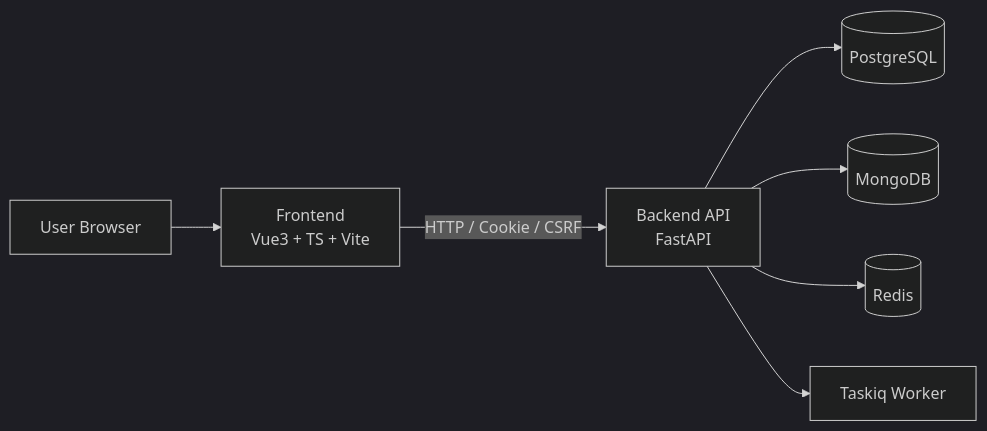
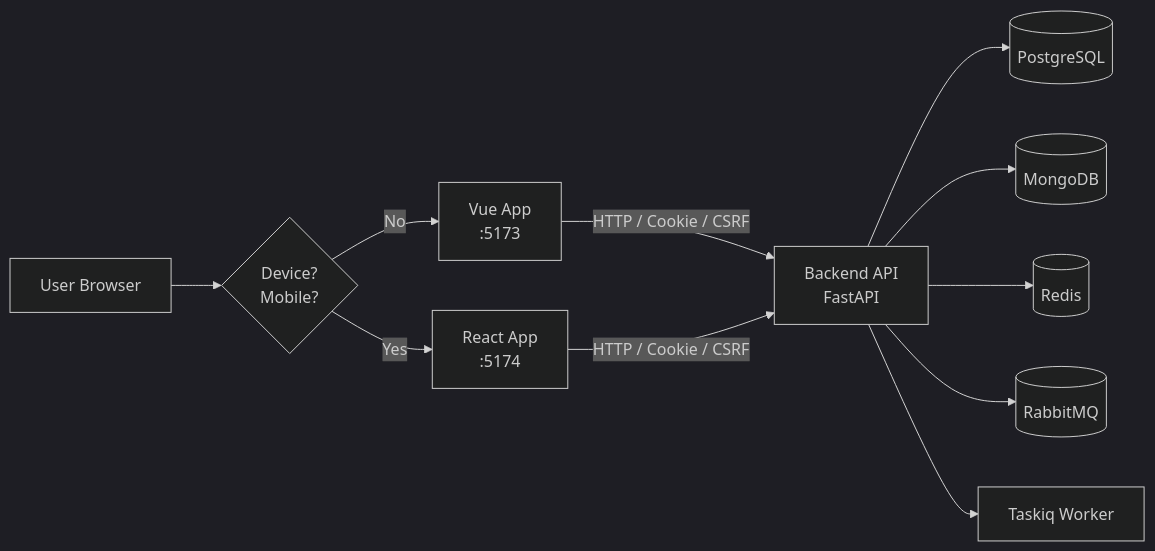
The diagram in README.md (KanoCifer/kuroome-blog), drawn with Mermaid (dark theme) before and after one commit. The commit also changed other lines of this file and 26 other files, not shown here.

````diff
--- a/README.md
+++ b/README.md
@@ -138,9 +241,13 @@
 ```mermaid
 flowchart LR
-    U[User Browser] --> F[Frontend\nVue3 + TS + Vite]
+    U[User Browser] --> D{Device?\nMobile?}
+    D -->|Yes| R[React App\n:5174]
+    D -->|No| F[Vue App\n:5173]
     F -->|HTTP / Cookie / CSRF| B[Backend API\nFastAPI]
+    R -->|HTTP / Cookie / CSRF| B
     B --> PG[(PostgreSQL)]
     B --> MG[(MongoDB)]
     B --> RD[(Redis)]
+    B --> RMQ[(RabbitMQ)]
     B --> TQ[Taskiq Worker]
 ```
````
